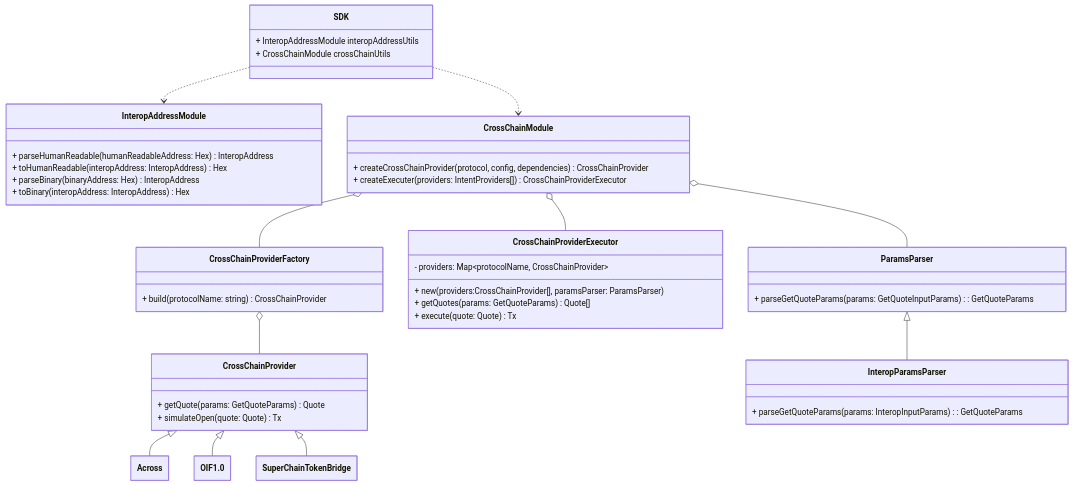
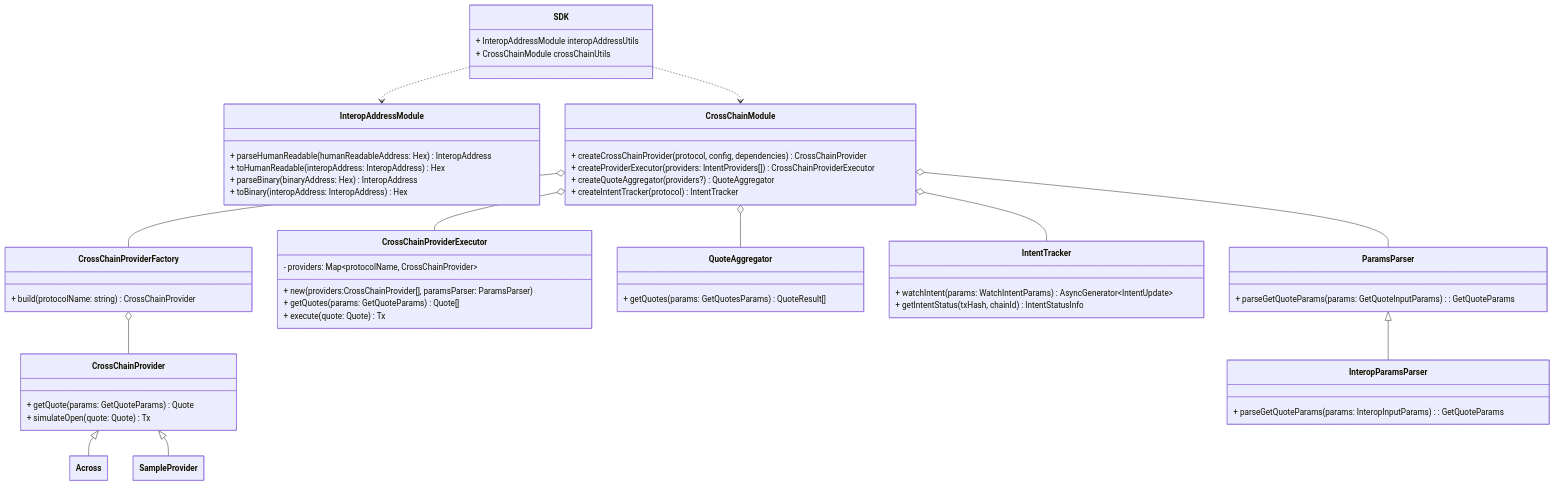
The diagram in apps/docs/docs/about.md (defi-wonderland/interop-sdk), drawn with Mermaid before and after one commit. The commit also changed other lines of this file and 1 other file, not shown here.

Commit message:
docs: update cross-chain docs about and installation

````diff
--- a/apps/docs/docs/about.md
+++ b/apps/docs/docs/about.md
@@ -41,50 +56,60 @@
 ```mermaid
 ---
 config:
   class:
     hideEmptyMembersBox: true
   layout: dagre
 ---
 classDiagram
     SDK ..> InteropAddressModule
     SDK ..> CrossChainModule
     CrossChainModule o-- CrossChainProviderFactory
     CrossChainProviderFactory o-- CrossChainProvider
     CrossChainModule o-- CrossChainProviderExecutor
+    CrossChainModule o-- QuoteAggregator
+    CrossChainModule o-- IntentTracker
     CrossChainModule o-- ParamsParser
     SDK : + InteropAddressModule interopAddressUtils
     SDK : + CrossChainModule crossChainUtils
     CrossChainProvider <|-- Across
-    CrossChainProvider <|-- OIF1.0
-    CrossChainProvider <|-- SuperChainTokenBridge
+    CrossChainProvider <|-- SampleProvider
     ParamsParser <|-- InteropParamsParser
     class InteropAddressModule {
       + parseHumanReadable(humanReadableAddress: Hex) InteropAddress
       + toHumanReadable(interopAddress: InteropAddress) Hex
       + parseBinary(binaryAddress: Hex) InteropAddress
       + toBinary(interopAddress: InteropAddress) Hex
     }
     class CrossChainModule {
       + createCrossChainProvider(protocol, config, dependencies) CrossChainProvider
-      + createExecuter(providers: IntentProviders[]) CrossChainProviderExecutor
+      + createProviderExecutor(providers: IntentProviders[]) CrossChainProviderExecutor
+      + createQuoteAggregator(providers?) QuoteAggregator
+      + createIntentTracker(protocol) IntentTracker
     }
     class CrossChainProviderFactory {
       + build(protocolName: string) CrossChainProvider
     }
     class CrossChainProviderExecutor {
       - providers: Map~protocolName, CrossChainProvider~
       + new(providers:CrossChainProvider[], paramsParser: ParamsParser)
       + getQuotes(params: GetQuoteParams) Quote[]
       + execute(quote: Quote) Tx
+    }
+    class QuoteAggregator {
+      + getQuotes(params: GetQuotesParams) QuoteResult[]
+    }
+    class IntentTracker {
+      + watchIntent(params: WatchIntentParams) AsyncGenerator~IntentUpdate~
+      + getIntentStatus(txHash, chainId) IntentStatusInfo
     }
     class CrossChainProvider {
       + getQuote(params: GetQuoteParams) Quote
       + simulateOpen(quote: Quote) Tx
     }
     class ParamsParser {
 	    + parseGetQuoteParams<GetQuoteInputParams>(params: GetQuoteInputParams): GetQuoteParams
 	  }
 	  class InteropParamsParser {
 		  + parseGetQuoteParams(params: InteropInputParams): GetQuoteParams
 	  }
 ```
````
